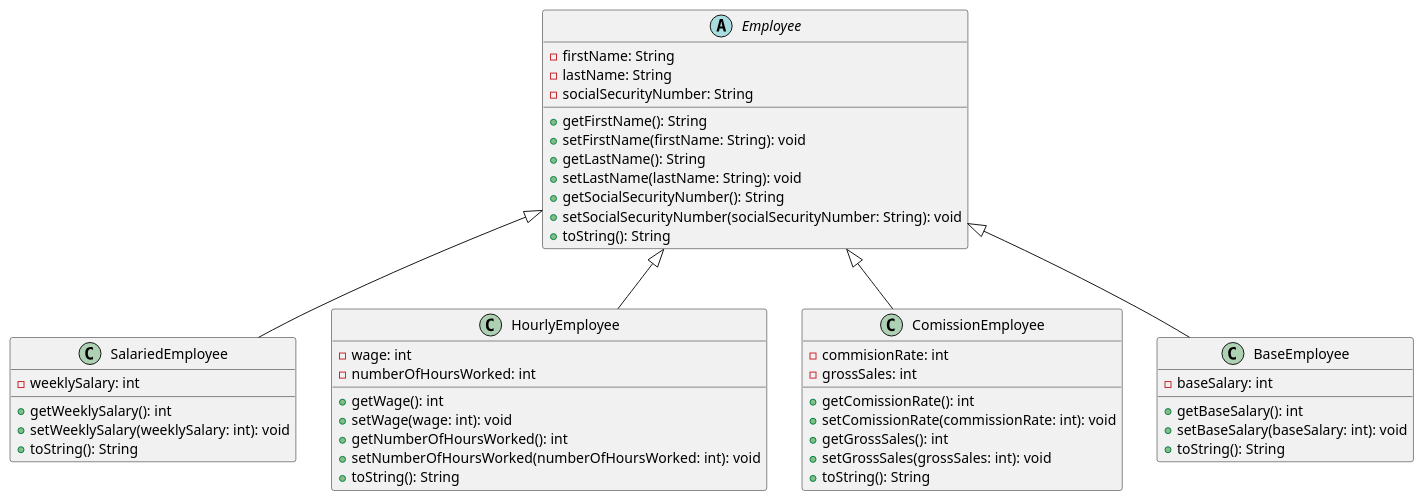
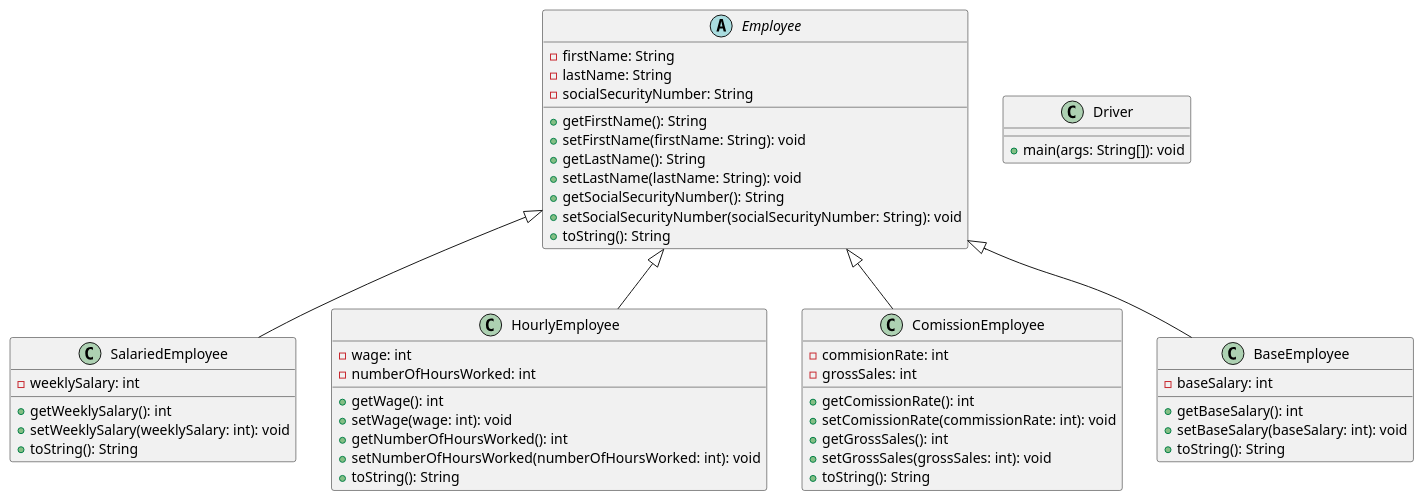
Before and after one commit to jeff-reff/HW4-1: the diagram in inheritance/Part1.puml, drawn with PlantUML.

Commit message:
add Driver to UML

```diff
--- a/inheritance/Part1.puml
+++ b/inheritance/Part1.puml
@@ -1,59 +1,62 @@
 @startuml
 'https://plantuml.com/class-diagram
 
 abstract class Employee{
     - firstName: String
     - lastName: String
     - socialSecurityNumber: String
 
     + getFirstName(): String
     + setFirstName(firstName: String): void
     + getLastName(): String
     + setLastName(lastName: String): void
     + getSocialSecurityNumber(): String
     + setSocialSecurityNumber(socialSecurityNumber: String): void
     + toString(): String
 
 }
 
 class SalariedEmployee extends Employee{
     - weeklySalary: int
 
     + getWeeklySalary(): int
     + setWeeklySalary(weeklySalary: int): void
     + toString(): String
 }
 
 class HourlyEmployee extends Employee{
     - wage: int
     - numberOfHoursWorked: int
 
     + getWage(): int
     + setWage(wage: int): void
     + getNumberOfHoursWorked(): int
     + setNumberOfHoursWorked(numberOfHoursWorked: int): void
     + toString(): String
 }
 
 class ComissionEmployee extends Employee {
     - commisionRate: int
     - grossSales: int
 
     + getComissionRate(): int
     + setComissionRate(commissionRate: int): void
     + getGrossSales(): int
     + setGrossSales(grossSales: int): void
     + toString(): String
 }
 
 class BaseEmployee extends Employee {
     - baseSalary: int
 
     + getBaseSalary(): int
     + setBaseSalary(baseSalary: int): void
     + toString(): String
 }
 
+class Driver {
+    + main(args: String[]): void
+}
 
 
 @enduml
```
